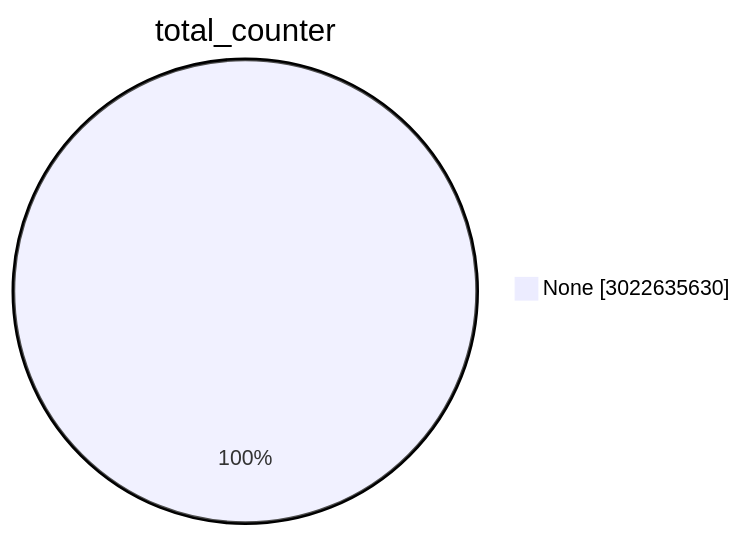
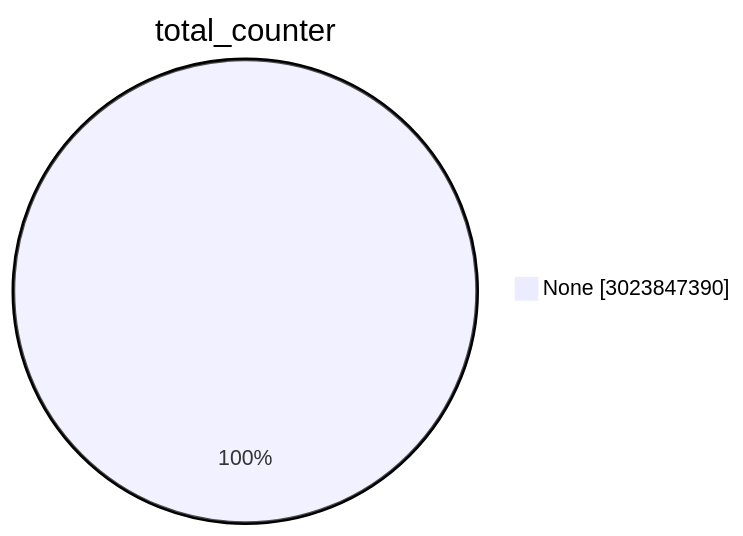
One commit to christiankrug/ctmonitor_visualization changed the first of 15 diagrams in TOTAL/README.md. Above: the diagram before and after it, drawn with Mermaid. The commit also changed other lines of this file, not shown here.

````diff
--- a/TOTAL/README.md
+++ b/TOTAL/README.md
@@ -1,5 +1,5 @@
 ```mermaid
 pie showData
 title total_counter
-"None" :3022635630
+"None" :3023847390
 ```
````
